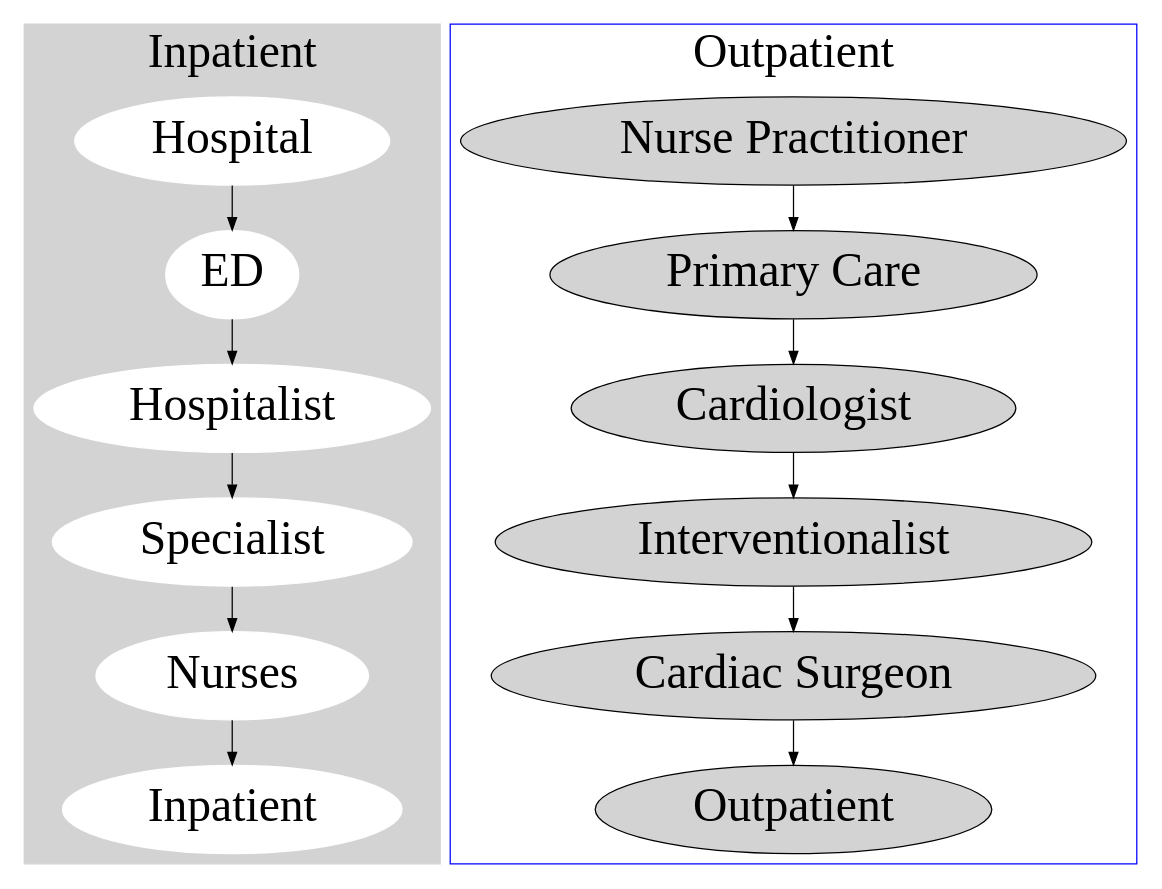
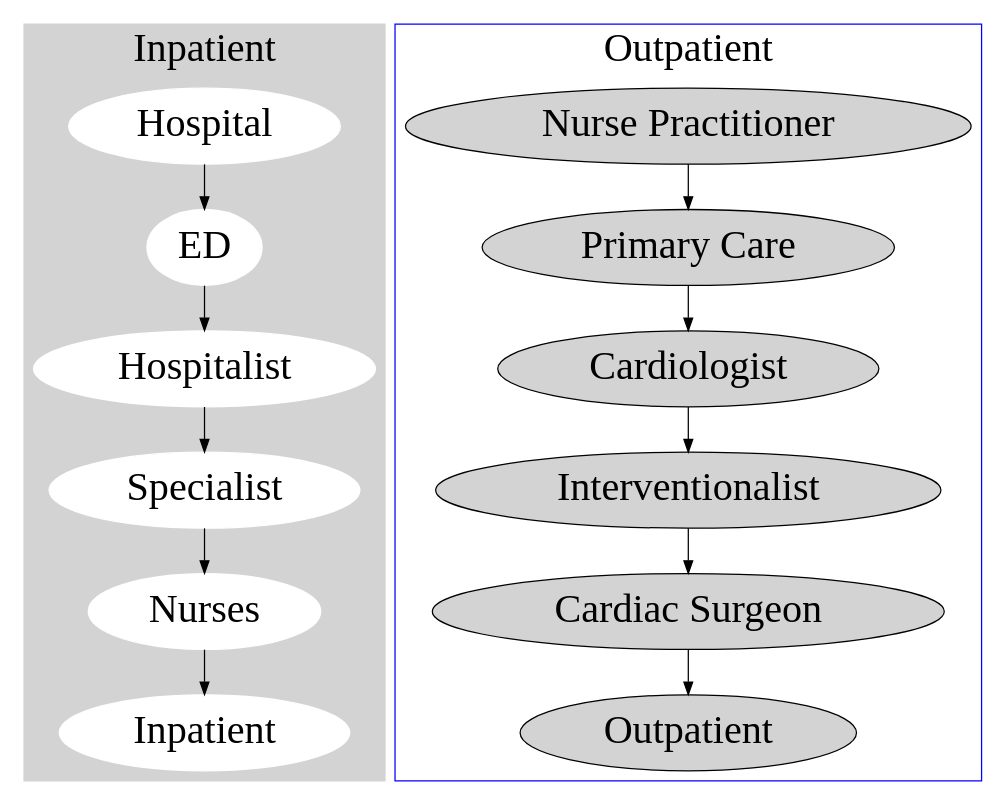
The diagram in revealjs_slides/2019-09-02_Virtical_Integration_in_Healthcare.md (jazzwang/snippet), drawn with Graphviz before and after one commit. The commit also changed other lines of this file and 1 other file, not shown here.

````diff
--- a/revealjs_slides/2019-09-02_Virtical_Integration_in_Healthcare.md
+++ b/revealjs_slides/2019-09-02_Virtical_Integration_in_Healthcare.md
@@ -120,29 +120,29 @@
 ```dot
 digraph G {
 	subgraph cluster_0 {
 		style=filled;
 		color=lightgrey;
-    fontsize=38
-		node [style=filled,color=white,fontsize=38];
+    fontsize=32
+		node [style=filled,color=white,fontsize=32];
 		label = "Inpatient";
     "Hospital" -> "ED";
     "ED" -> "Hospitalist";
     "Hospitalist" -> "Specialist";
     "Specialist" -> "Nurses";
     "Nurses" -> "Inpatient";
 	}
 
 	subgraph cluster_1 {
-		node [style=filled,fontsize=38];
+		node [style=filled,fontsize=32];
 		label = "Outpatient";
 		color=blue;
-    fontsize=38
+    fontsize=32
 
     "Nurse Practitioner" -> "Primary Care";
     "Primary Care" -> "Cardiologist";
     "Cardiologist" -> "Interventionalist";
     "Interventionalist" -> "Cardiac Surgeon";
     "Cardiac Surgeon" -> "Outpatient";
 	}
 }
 ```
````
